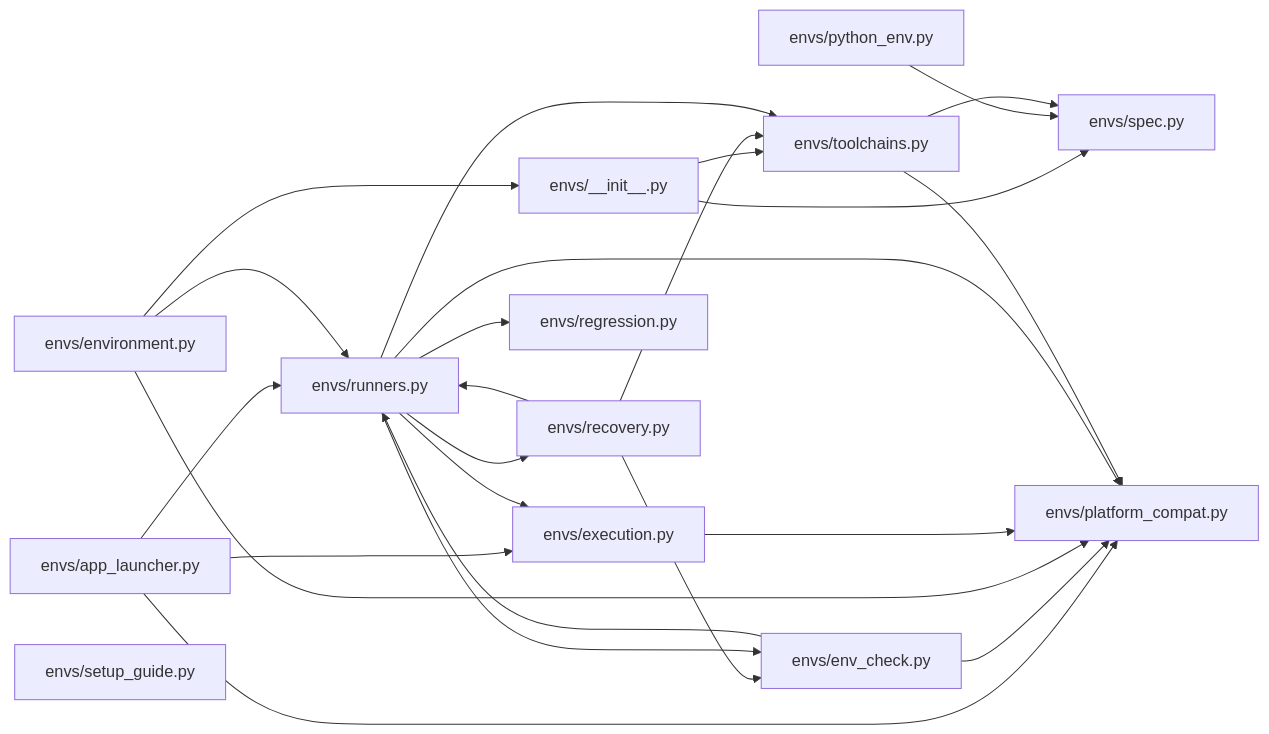
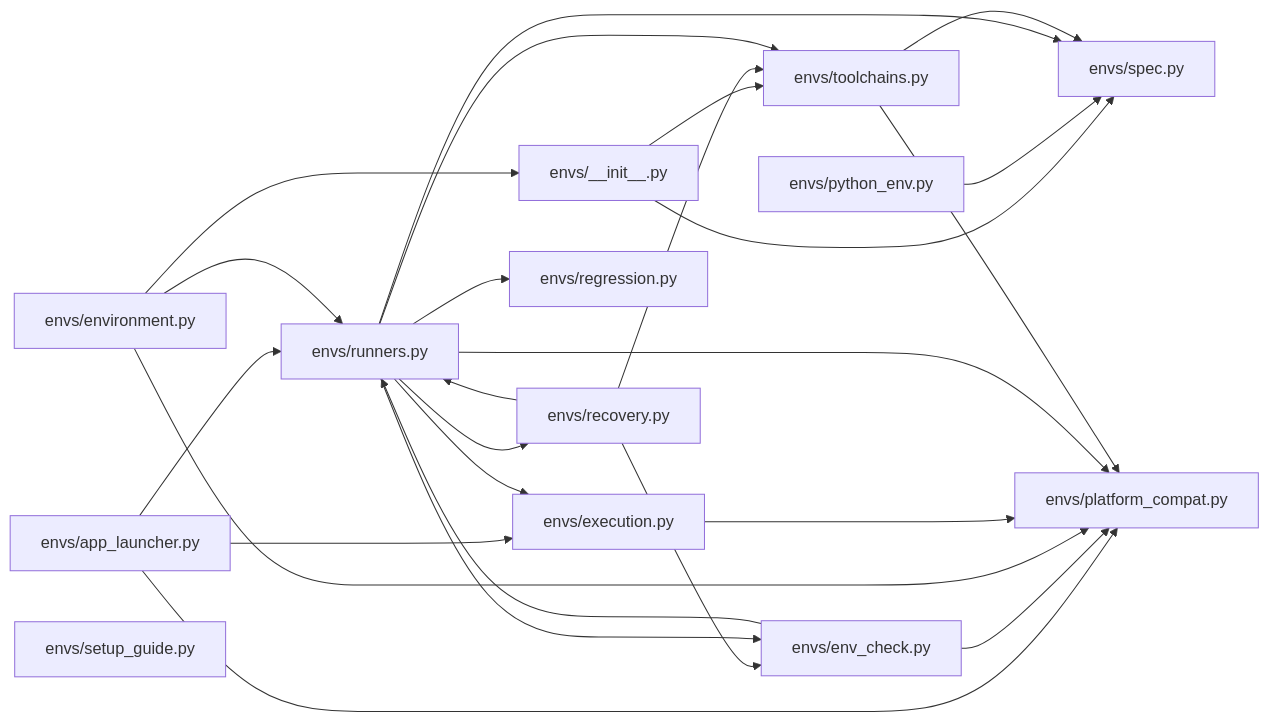
Before and after one commit to sarveshtalele/maf-harness-testing: the fifth of 21 diagrams in docs/ARCHITECTURE_MAP.md, drawn with Mermaid. The commit also changed other lines of this file and 11 other files, not shown here.

````diff
--- a/docs/ARCHITECTURE_MAP.md
+++ b/docs/ARCHITECTURE_MAP.md
@@ -206,39 +206,40 @@
 ```mermaid
 flowchart LR
   f0["envs/__init__.py"]
   f1["envs/app_launcher.py"]
   f2["envs/env_check.py"]
   f3["envs/environment.py"]
   f4["envs/execution.py"]
   f5["envs/platform_compat.py"]
   f6["envs/python_env.py"]
   f7["envs/recovery.py"]
   f8["envs/regression.py"]
   f9["envs/runners.py"]
   f10["envs/setup_guide.py"]
   f11["envs/spec.py"]
   f12["envs/toolchains.py"]
   f0 --> f11
   f0 --> f12
   f1 --> f4
   f1 --> f5
   f1 --> f9
   f2 --> f5
   f2 --> f9
   f3 --> f0
   f3 --> f5
   f3 --> f9
   f4 --> f5
   f6 --> f11
   f7 --> f2
   f7 --> f9
   f7 --> f12
   f9 --> f2
   f9 --> f4
   f9 --> f5
   f9 --> f7
   f9 --> f8
+  f9 --> f11
   f9 --> f12
   f12 --> f5
   f12 --> f11
 ```
````
